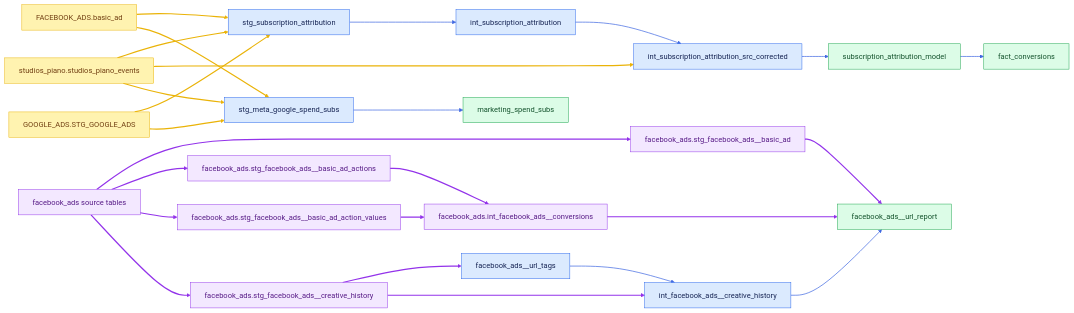
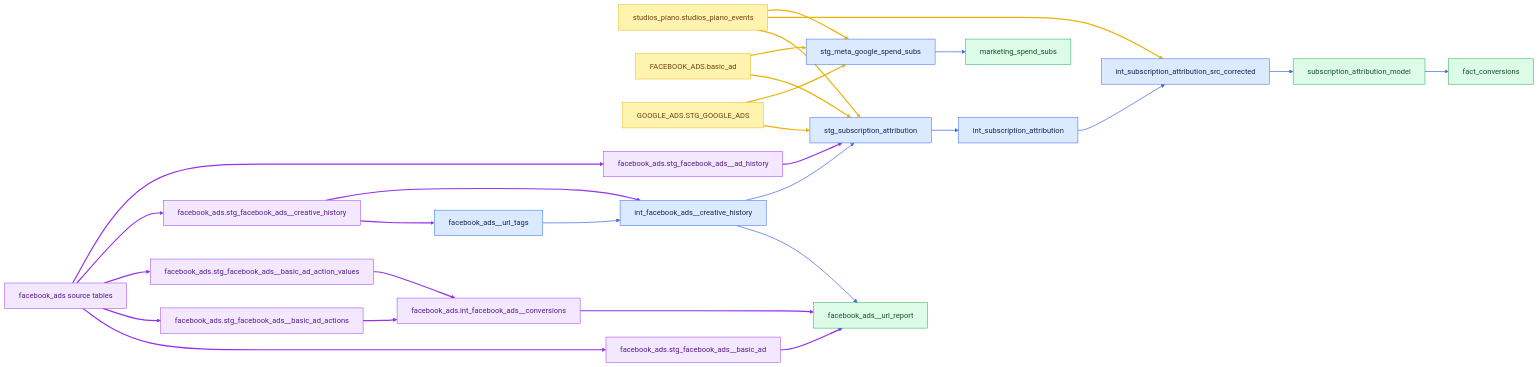
One commit to angelatanbbc/angela_bbc changed the third of 5 diagrams in docs/lineage.md. Above: the diagram before and after it, drawn with Mermaid (base theme). The commit also changed other lines of this file and 2 other files, not shown here.

Commit message:
Subscription attribution: correct paid under-counting
Subscription attribution: correct paid under-counting

`stg_subscription_attribution` only followed the checkout `visitor_id`, so paid was under-counted. Fixes, all in that one model (downstream models unchanged):

Buyer's other cookies:adds page views from the buyer's other cookies in the 30-day window, linked by account, registration event or `device_first_party_id`. Recovers ad clicks lost when the `visitor_id` changes at sign-in or registration.
Sign-in round trip: the page reached back from `account.bbc.com` is no longer a 'Direct traffic' touchpoint.
Lost agency tag: Meta ad visits missing `at_bbc_team` get the team from the ad's creative tags, else the campaign name.
Sites: only `var('subscription_site_ids')` count, which excludes www.test.bbc.com.

Effect (sign-ups 16 Aug–28 Sep): Paid 924.2 → 1,102.6 (+19%).

Validation: matches the corrected model in `dns_dbt_enablement` row for row. `dbt parse` passes.

Before merging: build in dev and check the run time. The model now reads the Piano source more often.

````diff
--- a/docs/lineage.md
+++ b/docs/lineage.md
@@ -98,30 +98,33 @@
 ```mermaid
 graph LR
     classDef source fill:#fff3b0,stroke:#eab308,color:#713f12
     classDef model fill:#dbeafe,stroke:#2563eb,color:#172554
     classDef mart fill:#dcfce7,stroke:#16a34a,color:#14532d
     classDef package fill:#f3e8ff,stroke:#9333ea,color:#581c87
     piano["studios_piano.studios_piano_events"]:::source --> attr_stg["stg_subscription_attribution"]:::model
     facebook["FACEBOOK_ADS.basic_ad"]:::source --> attr_stg
     google["GOOGLE_ADS.STG_GOOGLE_ADS"]:::source --> attr_stg
     attr_stg --> attr["int_subscription_attribution"]:::model --> corrected["int_subscription_attribution_src_corrected"]:::model --> attribution["subscription_attribution_model"]:::mart --> conversions["fact_conversions"]:::mart
     piano --> corrected
     piano --> spend_stg["stg_meta_google_spend_subs"]:::model
     facebook --> spend_stg
     google --> spend_stg --> spend["marketing_spend_subs"]:::mart
     fb_source["facebook_ads source tables"]:::package --> fb_basic["facebook_ads.stg_facebook_ads__basic_ad"]:::package
     fb_source --> fb_actions["facebook_ads.stg_facebook_ads__basic_ad_actions"]:::package
     fb_source --> fb_values["facebook_ads.stg_facebook_ads__basic_ad_action_values"]:::package
     fb_source --> fb_creative["facebook_ads.stg_facebook_ads__creative_history"]:::package
     fb_actions --> fb_conversions["facebook_ads.int_facebook_ads__conversions"]:::package
     fb_values --> fb_conversions
     fb_creative --> tags["facebook_ads__url_tags"]:::model
     fb_creative --> creative["int_facebook_ads__creative_history"]:::model
     tags --> creative
     fb_basic --> url["facebook_ads__url_report"]:::mart
     fb_conversions --> url
     creative --> url
-    linkStyle 3,4,5,6,11,20,23 stroke:#4169e1,stroke-width:1.5px
-    linkStyle 12,13,14,15,16,17,18,19,21,22 stroke:#9333ea,stroke-width:2.5px
+    fb_source --> fb_ads["facebook_ads.stg_facebook_ads__ad_history"]:::package
+    fb_ads --> attr_stg
+    creative --> attr_stg
+    linkStyle 3,4,5,6,11,20,23,26 stroke:#4169e1,stroke-width:1.5px
+    linkStyle 12,13,14,15,16,17,18,19,21,22,24,25 stroke:#9333ea,stroke-width:2.5px
     linkStyle 0,1,2,7,8,9,10 stroke:#eab308,stroke-width:2.5px
 ```
````
